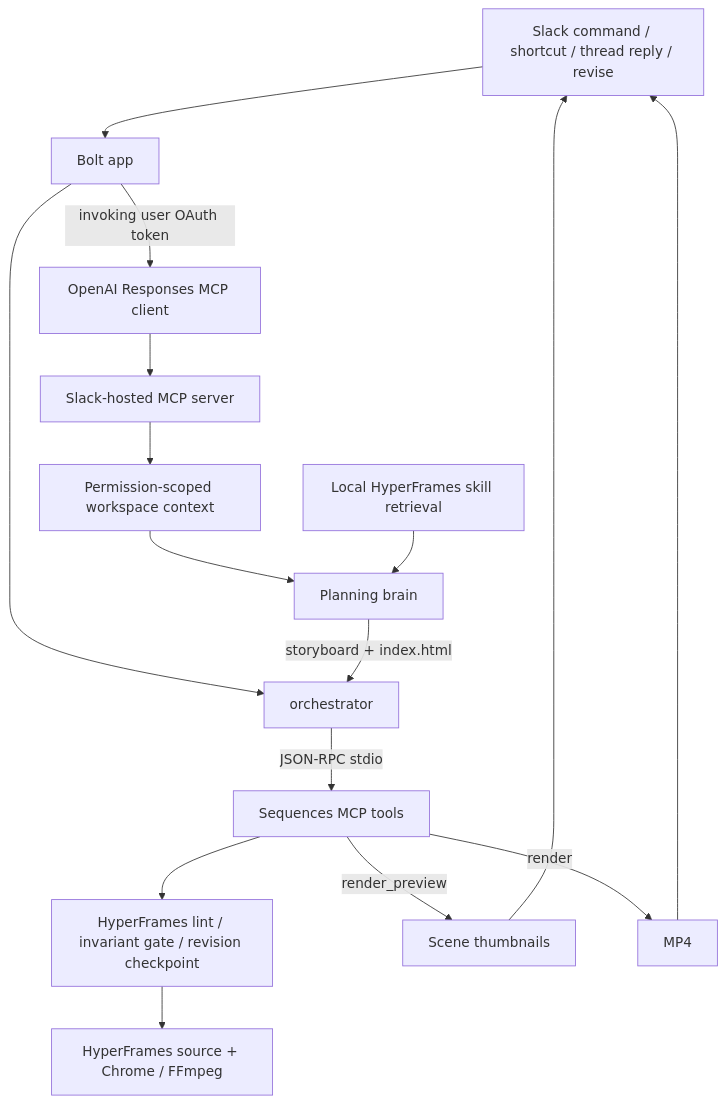
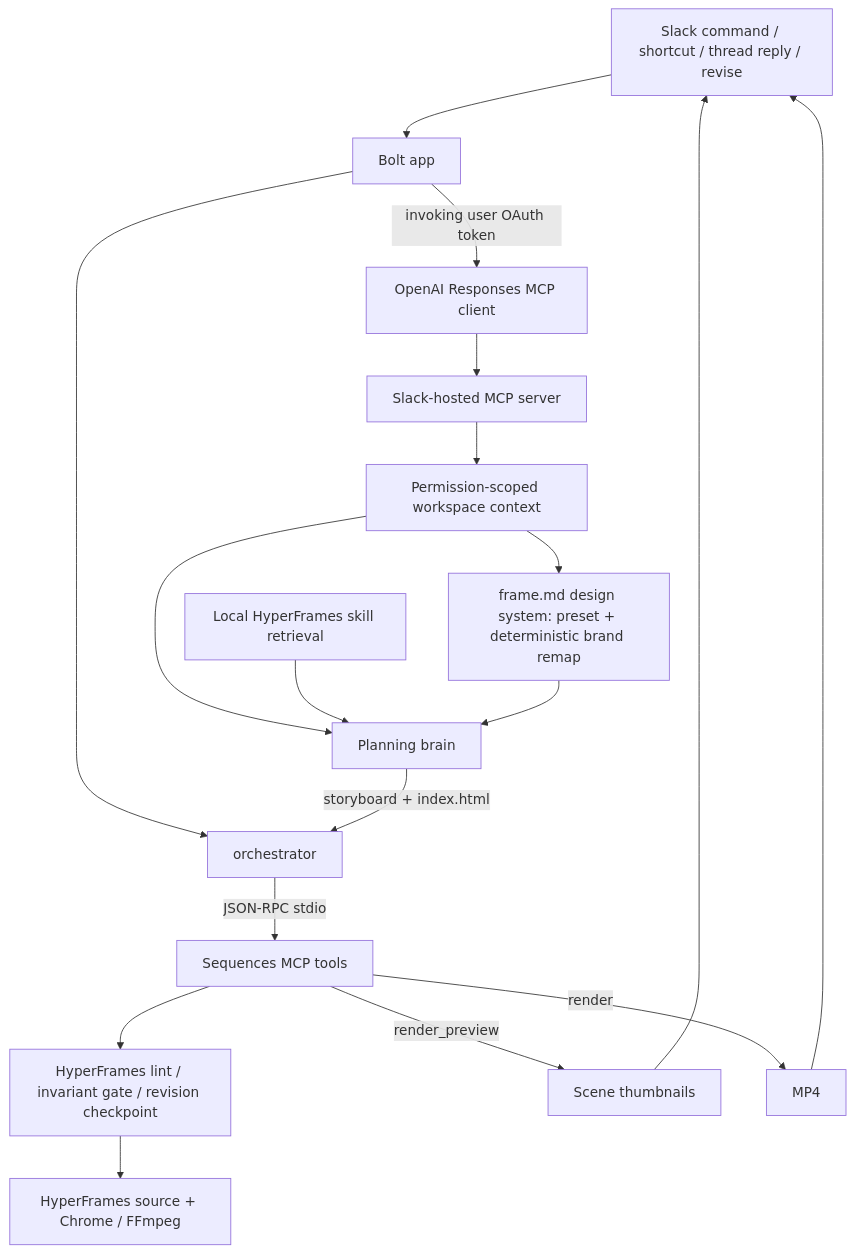
The diagram in apps/slack/SLACK_PLAN.md (vladimirhegai/Slack_Sequences), drawn with Mermaid before and after one commit. The commit also changed other lines of this file and 16 other files, not shown here.

Commit message:
feat(slack): per-job frame.md design system with deterministic brand remap

````diff
--- a/apps/slack/SLACK_PLAN.md
+++ b/apps/slack/SLACK_PLAN.md
@@ -104,18 +105,20 @@
 ```mermaid
 flowchart TD
   S[Slack command / shortcut / thread reply / revise] --> B[Bolt app]
   B -->|invoking user OAuth token| OC[OpenAI Responses MCP client]
   OC --> SM[Slack-hosted MCP server]
   SM --> WC[Permission-scoped workspace context]
   WC --> P
   B --> O[orchestrator]
   K[Local HyperFrames skill retrieval] --> P[Planning brain]
+  WC --> F[frame.md design system: preset + deterministic brand remap]
+  F --> P
   P -->|storyboard + index.html| O
   O -->|JSON-RPC stdio| M[Sequences MCP tools]
   M --> C[HyperFrames lint / invariant gate / revision checkpoint]
   C --> H[HyperFrames source + Chrome / FFmpeg]
   M -->|render_preview| T[Scene thumbnails]
   M -->|render| V[MP4]
   T --> S
   V --> S
 ```
````
